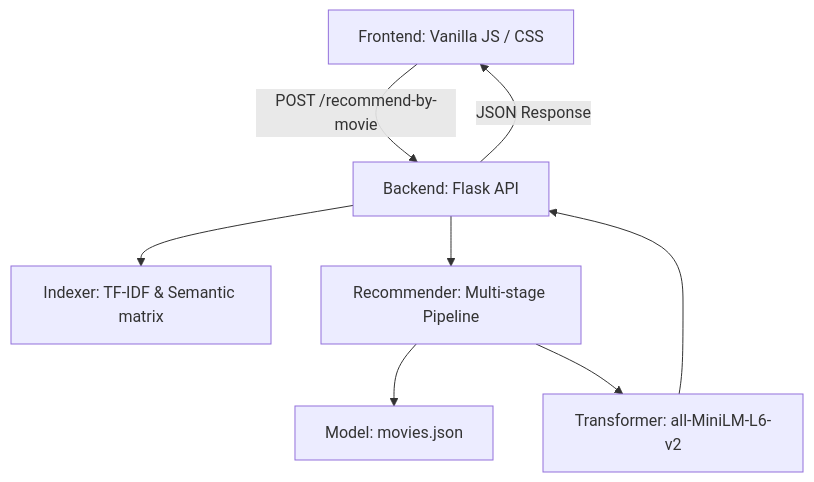
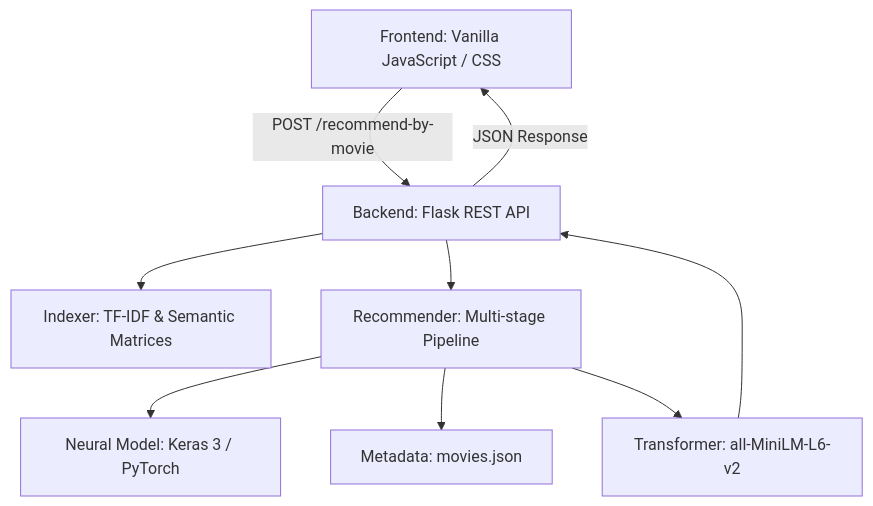
One commit to jwesparcia/pl changed the diagram in system_deep_dive.md. Above: the diagram before and after it, drawn with Mermaid. The commit also changed other lines of this file and 9 other files, not shown here.

````diff
--- a/system_deep_dive.md
+++ b/system_deep_dive.md
@@ -11,10 +11,11 @@
 ```mermaid
 graph TD
-    A[Frontend: Vanilla JS / CSS] -->|POST /recommend-by-movie| B[Backend: Flask API]
-    B --> C[Indexer: TF-IDF & Semantic matrix]
+    A[Frontend: Vanilla JavaScript / CSS] -->|POST /recommend-by-movie| B[Backend: Flask REST API]
+    B --> C[Indexer: TF-IDF & Semantic Matrices]
     B --> D[Recommender: Multi-stage Pipeline]
-    D --> E[Model: movies.json]
-    D --> F[Transformer: all-MiniLM-L6-v2]
-    F --> B
+    D --> E[Neural Model: Keras 3 / PyTorch]
+    D --> F[Metadata: movies.json]
+    D --> G[Transformer: all-MiniLM-L6-v2]
+    G --> B
     B -->|JSON Response| A
 ```
````
